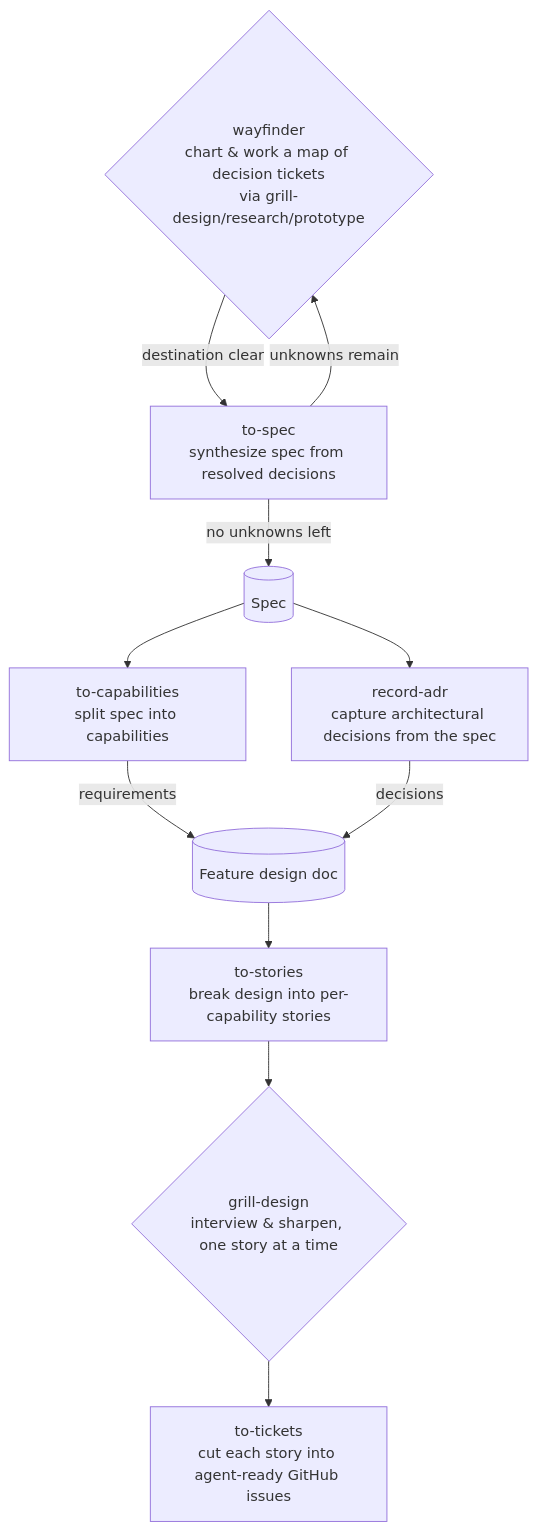
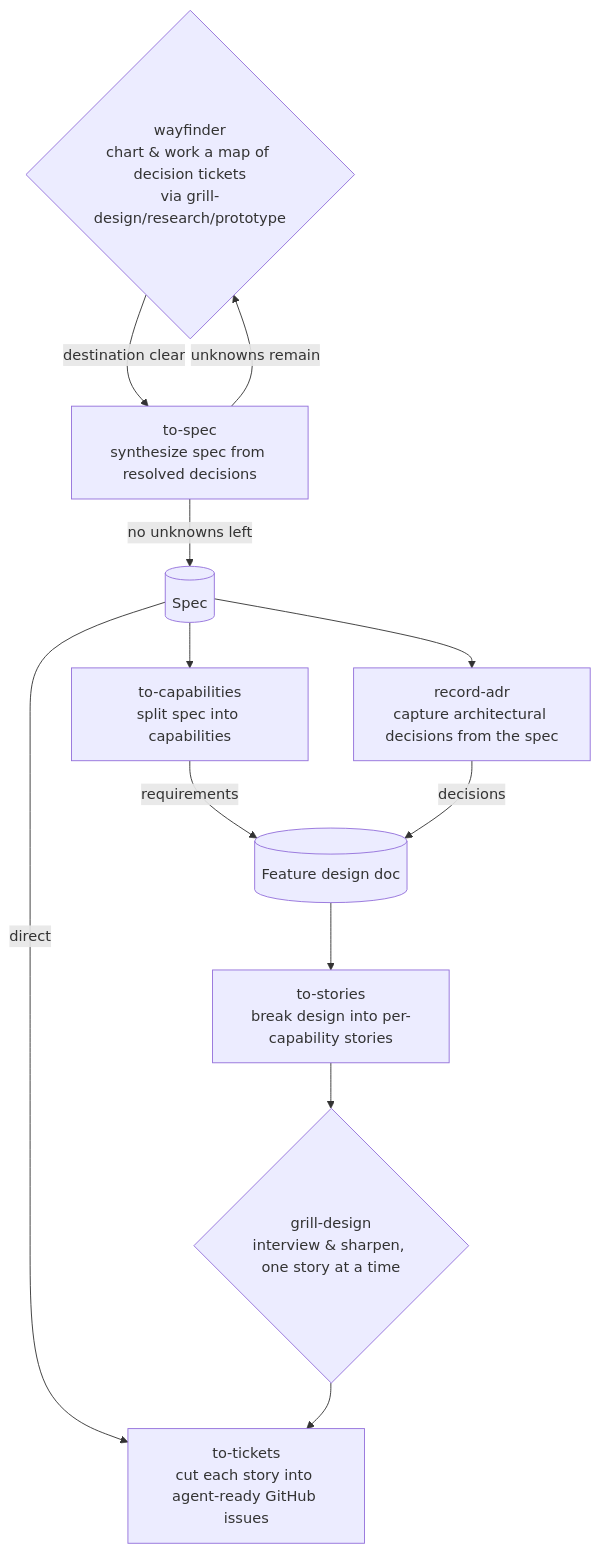
Before and after one commit to antshc/brain: the diagram in plugins/wf/README.md, drawn with Mermaid.

Commit message:
change the flow

````diff
--- a/plugins/wf/README.md
+++ b/plugins/wf/README.md
@@ -13,15 +13,17 @@
 ```mermaid
 flowchart TD
     W{wayfinder<br/>chart & work a map of decision tickets<br/>via grill-design/research/prototype} -->|destination clear| S[to-spec<br/>synthesize spec from resolved decisions]
     S -->|unknowns remain| W
     S -->|no unknowns left| SPEC[(Spec)]
+
+    SPEC -->|direct| TICKETS
 
     SPEC --> CAP[to-capabilities<br/>split spec into capabilities]
     CAP -->|requirements| DESIGN[(Feature design doc)]
     SPEC --> ADR[record-adr<br/>capture architectural decisions from the spec]
     ADR -->|decisions| DESIGN
 
     DESIGN --> STORIES[to-stories<br/>break design into per-capability stories]
     STORIES --> GRILL{grill-design<br/>interview & sharpen, one story at a time}
     GRILL --> TICKETS[to-tickets<br/>cut each story into agent-ready GitHub issues]
 ```
````
